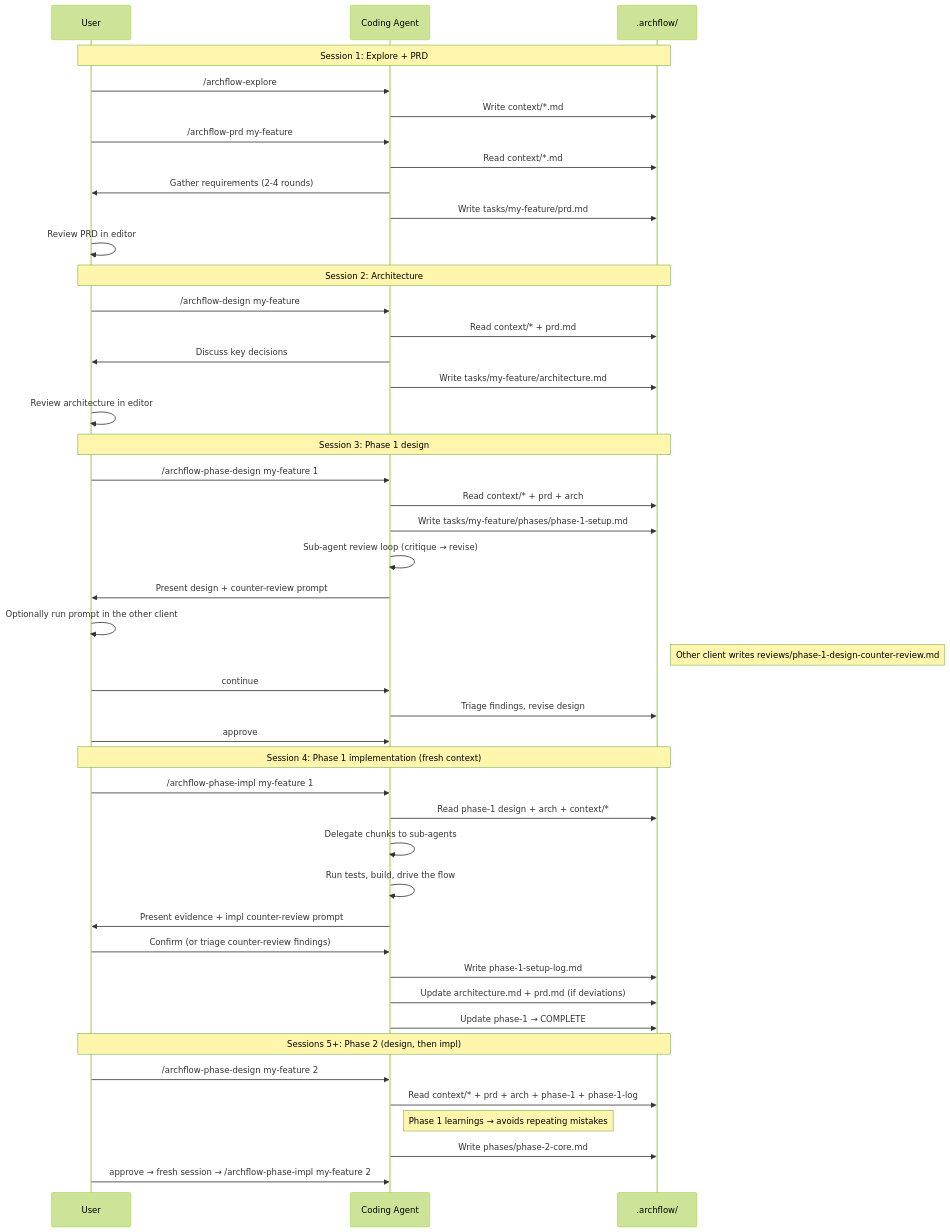
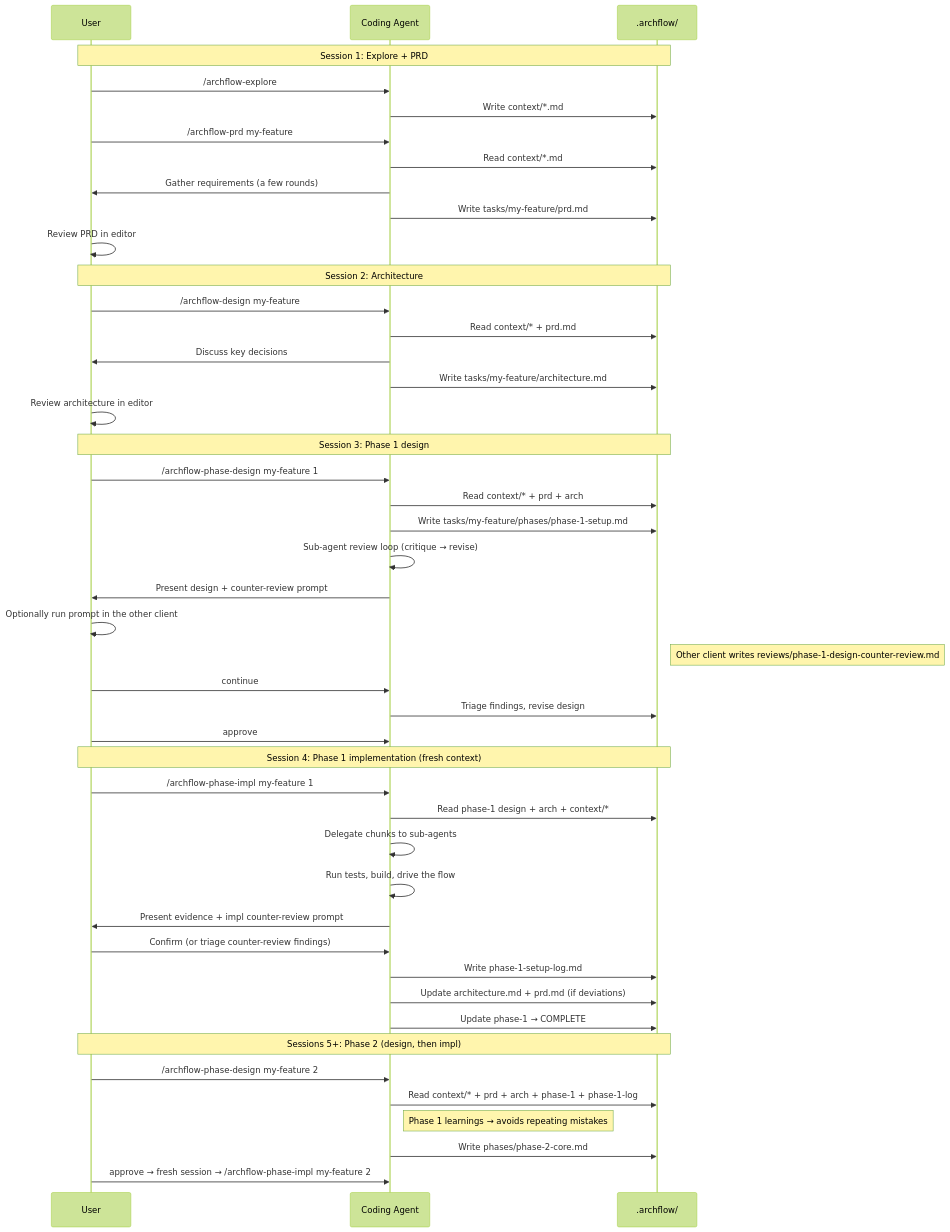
One commit to Aroton/ArchflowV2 changed the tenth of 13 diagrams in docs/archflow-process.md. Above: the diagram before and after it, drawn with Mermaid (forest theme). The commit also changed other lines of this file and 8 other files, not shown here.

````diff
--- a/docs/archflow-process.md
+++ b/docs/archflow-process.md
@@ -412,53 +416,53 @@
 ```mermaid
 sequenceDiagram
     participant U as User
     participant C as Coding Agent
     participant FS as .archflow/
 
     Note over U,FS: Session 1: Explore + PRD
     U->>C: /archflow-explore
     C->>FS: Write context/*.md
 
     U->>C: /archflow-prd my-feature
     C->>FS: Read context/*.md
-    C->>U: Gather requirements (2-4 rounds)
+    C->>U: Gather requirements (a few rounds)
     C->>FS: Write tasks/my-feature/prd.md
     U->>U: Review PRD in editor
 
     Note over U,FS: Session 2: Architecture
     U->>C: /archflow-design my-feature
     C->>FS: Read context/* + prd.md
     C->>U: Discuss key decisions
     C->>FS: Write tasks/my-feature/architecture.md
     U->>U: Review architecture in editor
 
     Note over U,FS: Session 3: Phase 1 design
     U->>C: /archflow-phase-design my-feature 1
     C->>FS: Read context/* + prd + arch
     C->>FS: Write tasks/my-feature/phases/phase-1-setup.md
     C->>C: Sub-agent review loop (critique → revise)
     C->>U: Present design + counter-review prompt
     U->>U: Optionally run prompt in the other client
     Note right of FS: Other client writes reviews/phase-1-design-counter-review.md
     U->>C: continue
     C->>FS: Triage findings, revise design
     U->>C: approve
 
     Note over U,FS: Session 4: Phase 1 implementation (fresh context)
     U->>C: /archflow-phase-impl my-feature 1
     C->>FS: Read phase-1 design + arch + context/*
     C->>C: Delegate chunks to sub-agents
     C->>C: Run tests, build, drive the flow
     C->>U: Present evidence + impl counter-review prompt
     U->>C: Confirm (or triage counter-review findings)
     C->>FS: Write phase-1-setup-log.md
     C->>FS: Update architecture.md + prd.md (if deviations)
     C->>FS: Update phase-1 → COMPLETE
 
     Note over U,FS: Sessions 5+: Phase 2 (design, then impl)
     U->>C: /archflow-phase-design my-feature 2
     C->>FS: Read context/* + prd + arch + phase-1 + phase-1-log
     Note right of C: Phase 1 learnings → avoids repeating mistakes
     C->>FS: Write phases/phase-2-core.md
     U->>C: approve → fresh session → /archflow-phase-impl my-feature 2
 ```
````
